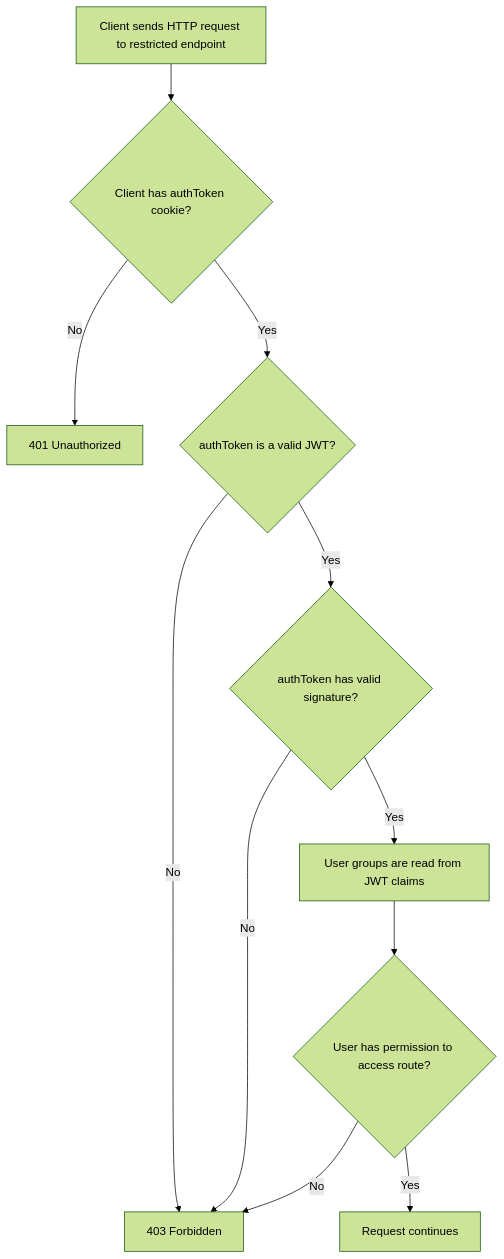
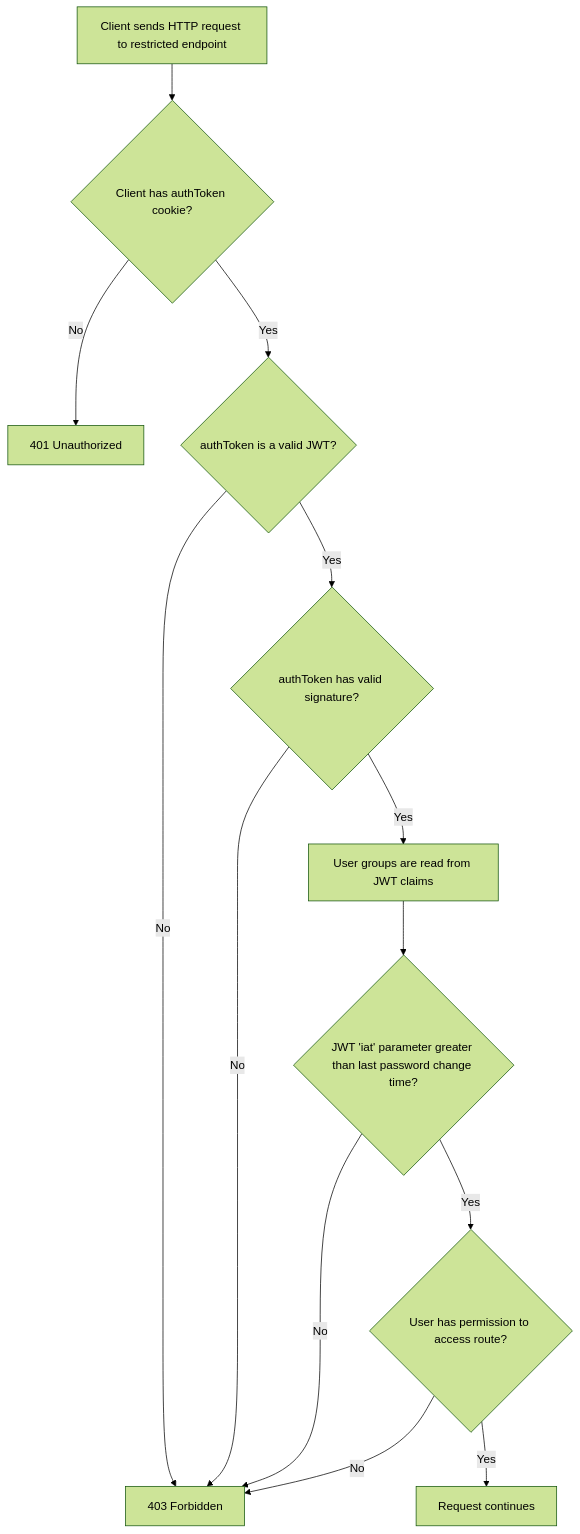
Before and after one commit to OptionsIRCIL/indigo: the diagram in diagram/authCheck.mmd, drawn with Mermaid (forest theme).

Commit message:
add password change checking to auth flow model

```diff
--- a/diagram/authCheck.mmd
+++ b/diagram/authCheck.mmd
@@ -1,11 +1,13 @@
 flowchart TD
     A[Client sends HTTP request to restricted endpoint] --> B{Client has authToken cookie?}
     B -->|No| r401[401 Unauthorized]
     B -->|Yes| C{authToken is a valid JWT?}
     C -->|No| r403[403 Forbidden]
     C -->|Yes| D{authToken has valid signature?}
     D -->|No| r403
     D -->|Yes| E[User groups are read from JWT claims]
-    E --> F{User has permission to access route?}
+    E --> F{JWT 'iat' parameter greater than last password change time?}
     F -->|No| r403
-    F -->|Yes| G[Request continues]
+    F -->|Yes| G{User has permission to access route?}
+    G -->|No| r403
+    G -->|Yes| H[Request continues]
```
